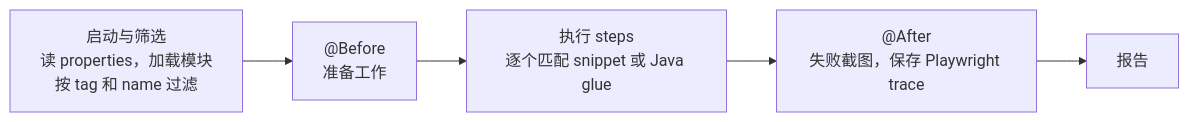
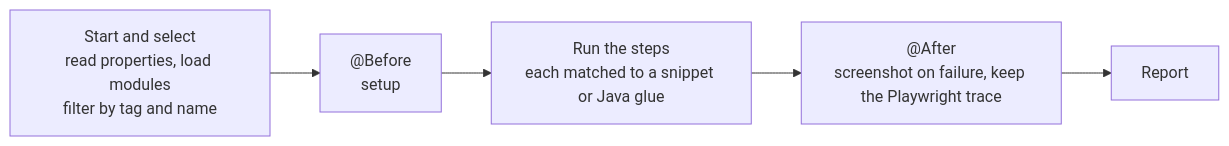
One commit to Hellen-Zhu/Oreo-e2e changed the third of 6 diagrams in docs/demo/oreo-kt-confluence.md. Above: the diagram before and after it, drawn with Mermaid. The commit also changed other lines of this file and 1 other file, not shown here.

````diff
--- a/docs/demo/oreo-kt-confluence.md
+++ b/docs/demo/oreo-kt-confluence.md
@@ -159,7 +174,7 @@
 ```mermaid
 flowchart LR
-    A["启动与筛选<br/>读 properties，加载模块<br/>按 tag 和 name 过滤"] --> B["@Before<br/>准备工作"]
-    B --> C["执行 steps<br/>逐个匹配 snippet 或 Java glue"]
-    C --> D["@After<br/>失败截图，保存 Playwright trace"]
-    D --> E[报告]
+    A["Start and select<br/>read properties, load modules<br/>filter by tag and name"] --> B["@Before<br/>setup"]
+    B --> C["Run the steps<br/>each matched to a snippet or Java glue"]
+    C --> D["@After<br/>screenshot on failure, keep the Playwright trace"]
+    D --> E[Report]
 ```
````
